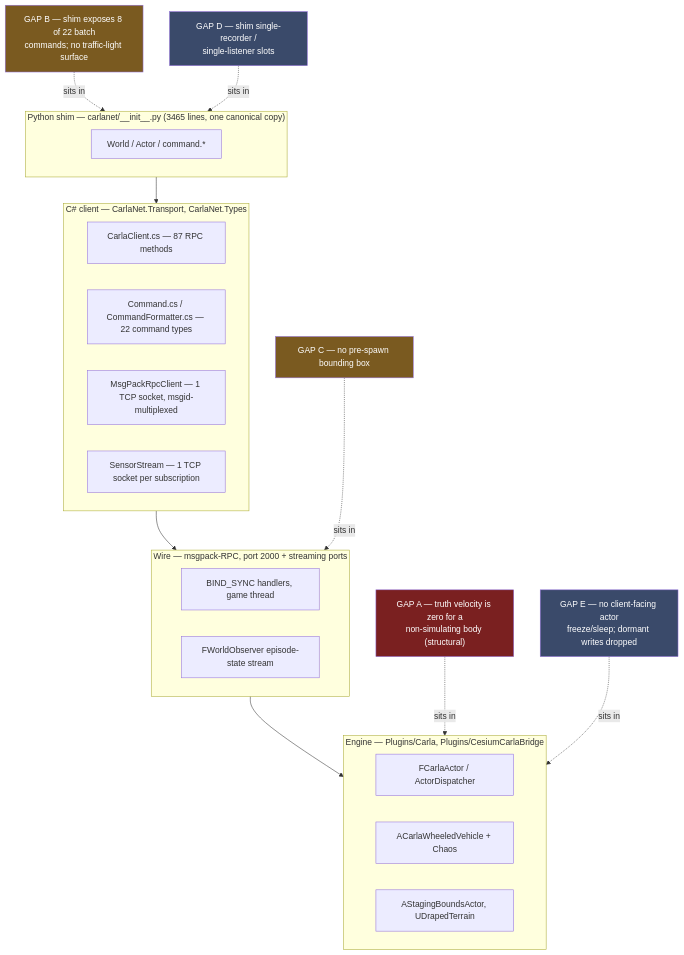
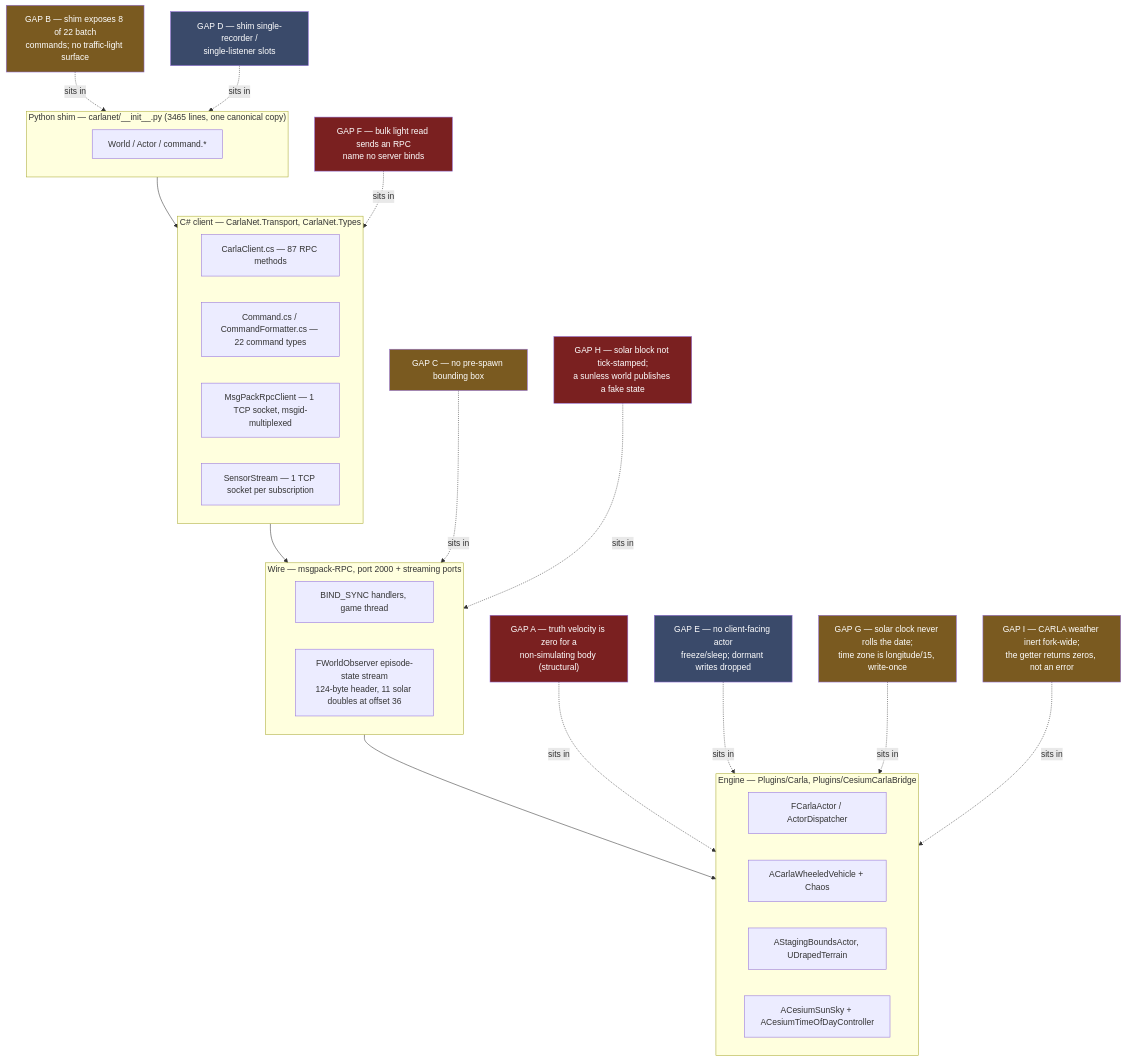
The first of 3 diagrams in Docs/CAT_Research/Plans/SUMO_Behavioral_Capture/05_CarlaNet_Capability_Audit.md (sbrett9/carla), drawn with Mermaid before and after one commit. The commit also changed other lines of this file and 15 other files, not shown here.

````diff
--- a/Docs/CAT_Research/Plans/SUMO_Behavioral_Capture/05_CarlaNet_Capability_Audit.md
+++ b/Docs/CAT_Research/Plans/SUMO_Behavioral_Capture/05_CarlaNet_Capability_Audit.md
@@ -62,45 +124,58 @@
 ```mermaid
 flowchart TB
     subgraph PY["Python shim — carlanet/__init__.py (3465 lines, one canonical copy)"]
         direction LR
         PY1["World / Actor / command.*"]
     end
     subgraph CS["C# client — CarlaNet.Transport, CarlaNet.Types"]
         direction LR
         CS1["CarlaClient.cs — 87 RPC methods"]
         CS2["Command.cs / CommandFormatter.cs — 22 command types"]
         CS3["MsgPackRpcClient — 1 TCP socket, msgid-multiplexed"]
         CS4["SensorStream — 1 TCP socket per subscription"]
     end
     subgraph RPC["Wire — msgpack-RPC, port 2000 + streaming ports"]
         direction LR
         R1["BIND_SYNC handlers, game thread"]
-        R2["FWorldObserver episode-state stream"]
+        R2["FWorldObserver episode-state stream<br/>124-byte header, 11 solar doubles at offset 36"]
     end
     subgraph ENG["Engine — Plugins/Carla, Plugins/CesiumCarlaBridge"]
         direction LR
         E1["FCarlaActor / ActorDispatcher"]
         E2["ACarlaWheeledVehicle + Chaos"]
         E3["AStagingBoundsActor, UDrapedTerrain"]
+        E4["ACesiumSunSky + ACesiumTimeOfDayController"]
     end
 
     PY --> CS --> RPC --> ENG
 
     G1["GAP A — truth velocity is zero for a<br/>non-simulating body (structural)"]
     G2["GAP B — shim exposes 8 of 22 batch<br/>commands; no traffic-light surface"]
     G3["GAP C — no pre-spawn bounding box"]
     G4["GAP D — shim single-recorder /<br/>single-listener slots"]
     G5["GAP E — no client-facing actor<br/>freeze/sleep; dormant writes dropped"]
+    G6["GAP F — bulk light read sends an RPC<br/>name no server binds"]
+    G7["GAP G — solar clock never rolls the date;<br/>time zone is longitude/15, write-once"]
+    G8["GAP H — solar block not tick-stamped;<br/>a sunless world publishes a fake state"]
+    G9["GAP I — CARLA weather inert fork-wide;<br/>the getter returns zeros, not an error"]
 
     G1 -.sits in.-> ENG
     G2 -.sits in.-> PY
     G3 -.sits in.-> RPC
     G4 -.sits in.-> PY
     G5 -.sits in.-> ENG
+    G6 -.sits in.-> CS
+    G7 -.sits in.-> ENG
+    G8 -.sits in.-> RPC
+    G9 -.sits in.-> ENG
 
     style G1 fill:#7a2020,color:#fff
+    style G6 fill:#7a2020,color:#fff
+    style G8 fill:#7a2020,color:#fff
     style G2 fill:#7a5a20,color:#fff
     style G3 fill:#7a5a20,color:#fff
+    style G7 fill:#7a5a20,color:#fff
+    style G9 fill:#7a5a20,color:#fff
     style G4 fill:#3a4a6a,color:#fff
     style G5 fill:#3a4a6a,color:#fff
 ```
````
